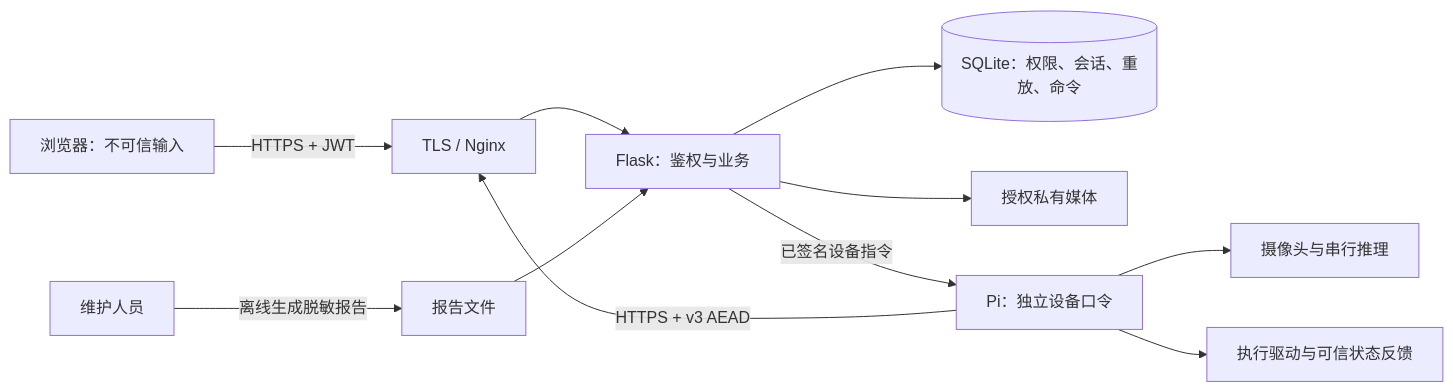
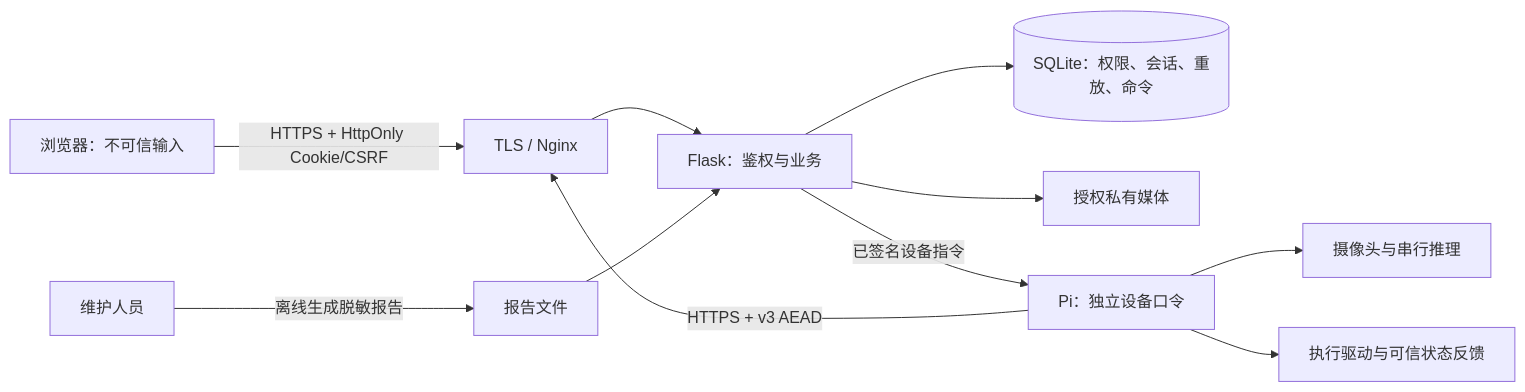
The first of 4 diagrams in docs/COURSE_ARCHITECTURE.md (Bearono/smart_lock), drawn with Mermaid before and after one commit. The commit also changed other lines of this file and 7491 other files, not shown here.

````diff
--- a/docs/COURSE_ARCHITECTURE.md
+++ b/docs/COURSE_ARCHITECTURE.md
@@ -21,13 +21,13 @@
 ```mermaid
 flowchart LR
-  B[浏览器：不可信输入] -->|HTTPS + JWT| T[TLS / Nginx]
+  B[浏览器：不可信输入] -->|HTTPS + HttpOnly Cookie/CSRF| T[TLS / Nginx]
   T --> F[Flask：鉴权与业务]
   F --> D[(SQLite：权限、会话、重放、命令)]
   F --> M[授权私有媒体]
   P[Pi：独立设备口令] -->|HTTPS + v3 AEAD| T
   F -->|已签名设备指令| P
   P --> C[摄像头与串行推理]
   P --> A[执行驱动与可信状态反馈]
   O[维护人员] -->|离线生成脱敏报告| E[报告文件]
   E --> F
 ```
````
